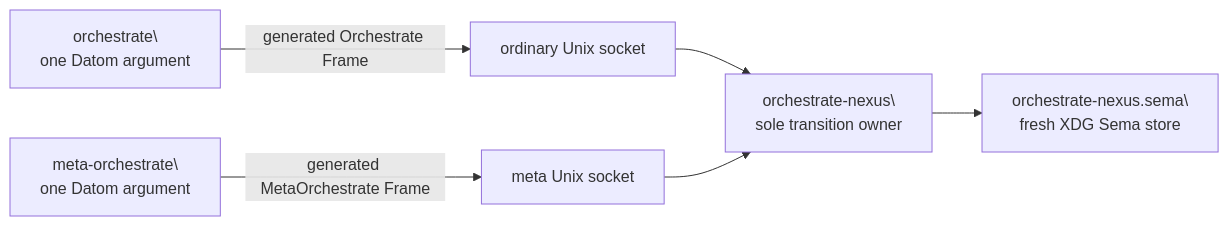
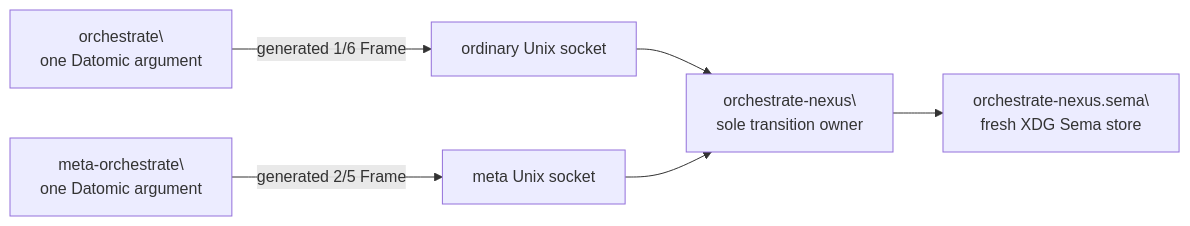
Before and after one commit to LiGoldragon/orchestrate: the diagram in ARCHITECTURE.md, drawn with Mermaid. The commit also changed other lines of this file and 13 other files, not shown here.

````diff
--- a/ARCHITECTURE.md
+++ b/ARCHITECTURE.md
@@ -9,8 +9,8 @@
 ```mermaid
 flowchart LR
-    ordinary["orchestrate\\none Datom argument"] -->|"generated Orchestrate Frame"| normal["ordinary Unix socket"]
-    meta["meta-orchestrate\\none Datom argument"] -->|"generated MetaOrchestrate Frame"| privileged["meta Unix socket"]
+    ordinary["orchestrate\\none Datomic argument"] -->|"generated 1/6 Frame"| normal["ordinary Unix socket"]
+    meta["meta-orchestrate\\none Datomic argument"] -->|"generated 2/5 Frame"| privileged["meta Unix socket"]
     normal --> nexus
     privileged --> nexus["orchestrate-nexus\\nsole transition owner"]
     nexus --> store["orchestrate-nexus.sema\\nfresh XDG Sema store"]
 ```
````
